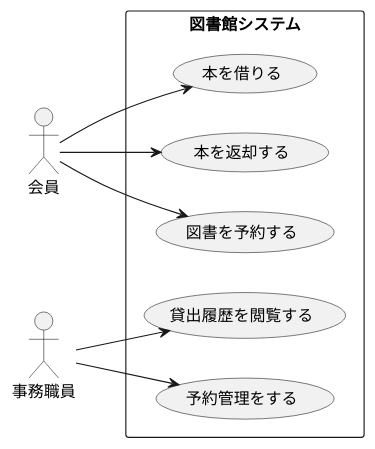
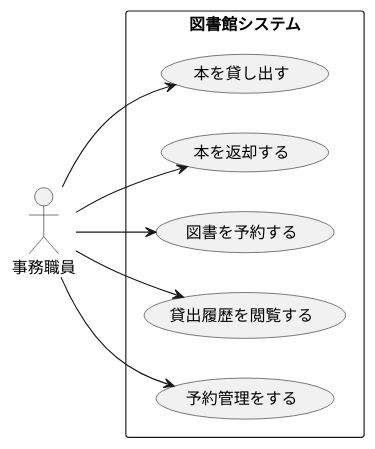
One commit to FujikawaHirono0520/group3_1_dogdog changed the diagram in kouka/usecase.pu. Above: the diagram before and after it, drawn with PlantUML.

Commit message:
ユースケース図

```diff
--- a/kouka/usecase.pu
+++ b/kouka/usecase.pu
@@ -1,21 +1,20 @@
 @startuml
 left to right direction
-actor 会員
 actor 事務職員
 
 rectangle 図書館システム {
-  usecase "本を借りる" as UC1
+  usecase "本を貸し出す" as UC1
   usecase "本を返却する" as UC2
   usecase "図書を予約する" as UC3
   usecase "貸出履歴を閲覧する" as UC4
   usecase "予約管理をする" as UC5
 
 }
 
-会員 --> UC1
-会員 --> UC2
-会員 --> UC3
+事務職員 --> UC1
+事務職員 --> UC2
+事務職員 --> UC3
 事務職員 --> UC4
 事務職員 --> UC5
 
 @enduml
```
